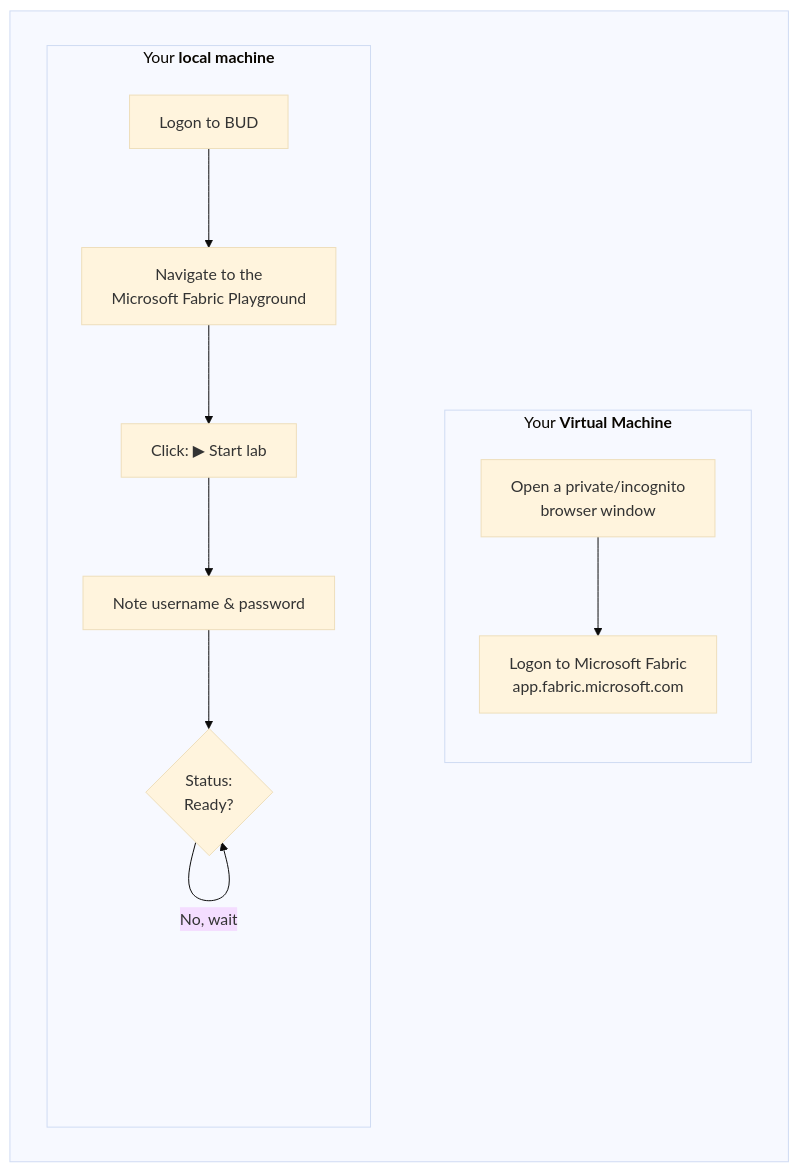
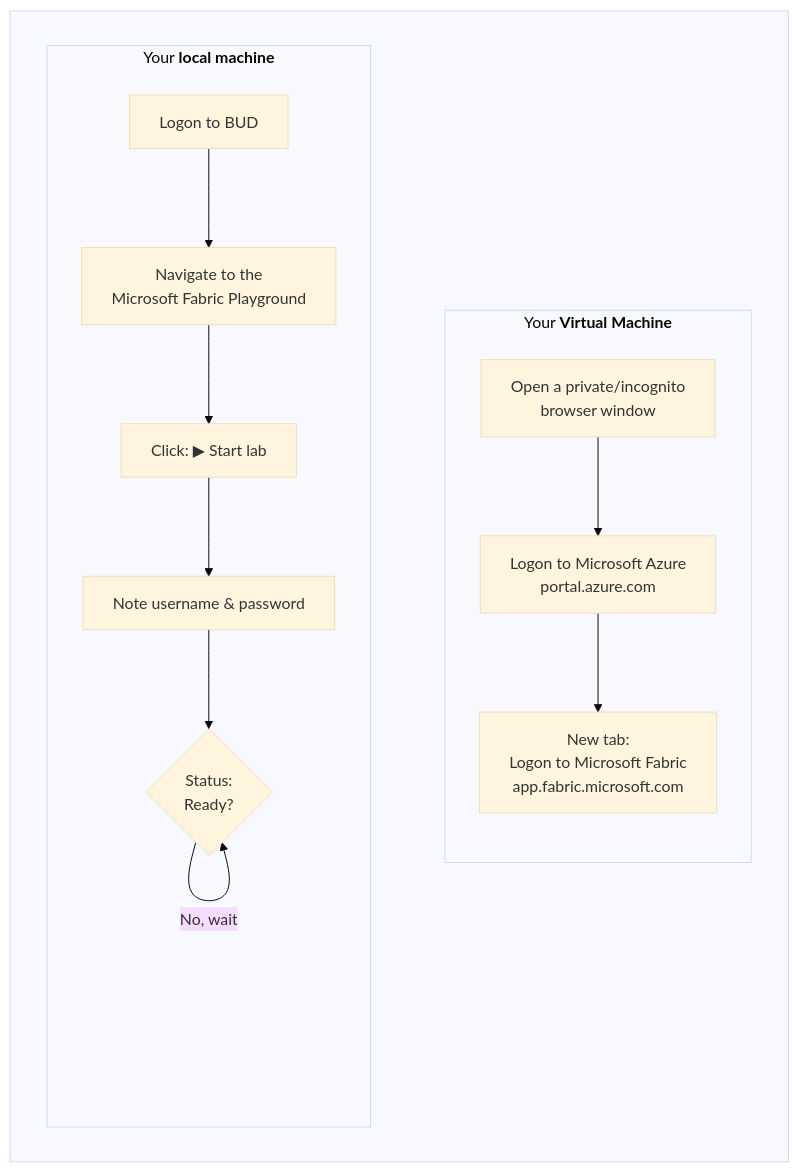
One commit to qaalabs/DE5M3 changed the diagram in docs/labs/run-inside-vm.md. Above: the diagram before and after it, drawn with Mermaid (base theme). The commit also changed other lines of this file and 7 other files, not shown here.

````diff
--- a/docs/labs/run-inside-vm.md
+++ b/docs/labs/run-inside-vm.md
@@ -7,27 +7,28 @@
 ```mermaid
 flowchart TD
     subgraph WRAPPER[" "]
         direction LR
         subgraph LOCAL["Your <b>local machine</b>"]
             direction TB
             A1["Logon to BUD"]
             A2["Navigate to the<br/>Microsoft Fabric Playground"]
             A3["Click: ▶ Start lab"]
             B["Note username & password"]
             C{"Status:<br/>Ready?"}
         end
 
         subgraph VM["Your <b>Virtual Machine</b>"]
             direction TB
             D["Open a private/incognito<br/>browser window"]
-            E["Logon to Microsoft Fabric<br/>app.fabric.microsoft.com"]
+            E["Logon to Microsoft Azure<br/>portal.azure.com"]
+            F["New tab:<br/>Logon to Microsoft Fabric<br/>app.fabric.microsoft.com"]
         end
 
         LOCAL ~~~ VM
     end
 
     A1 --> A2 --> A3 --> B --> C
     C -- No, wait --> C
 
-    D --> E
+    D --> E --> F
 ```
````
